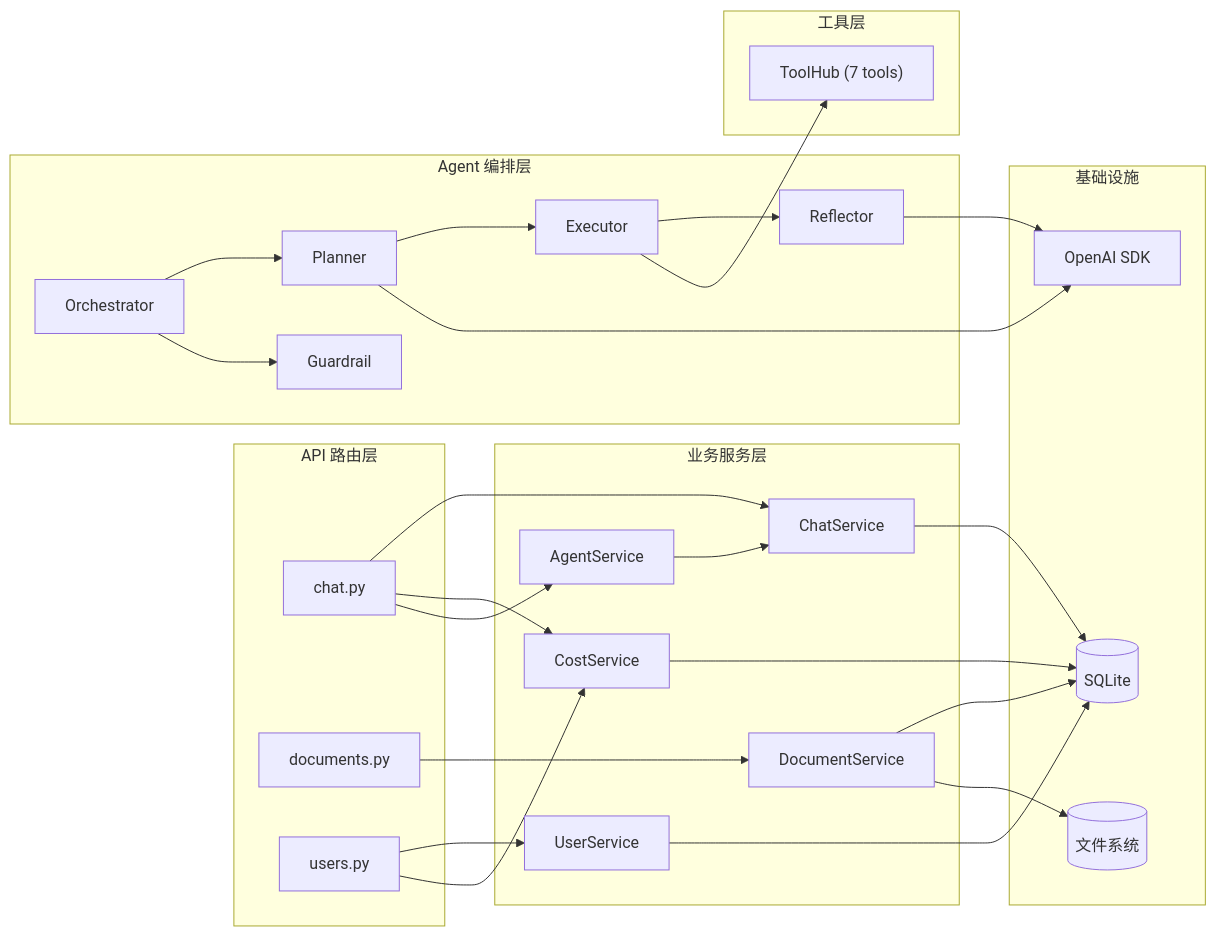
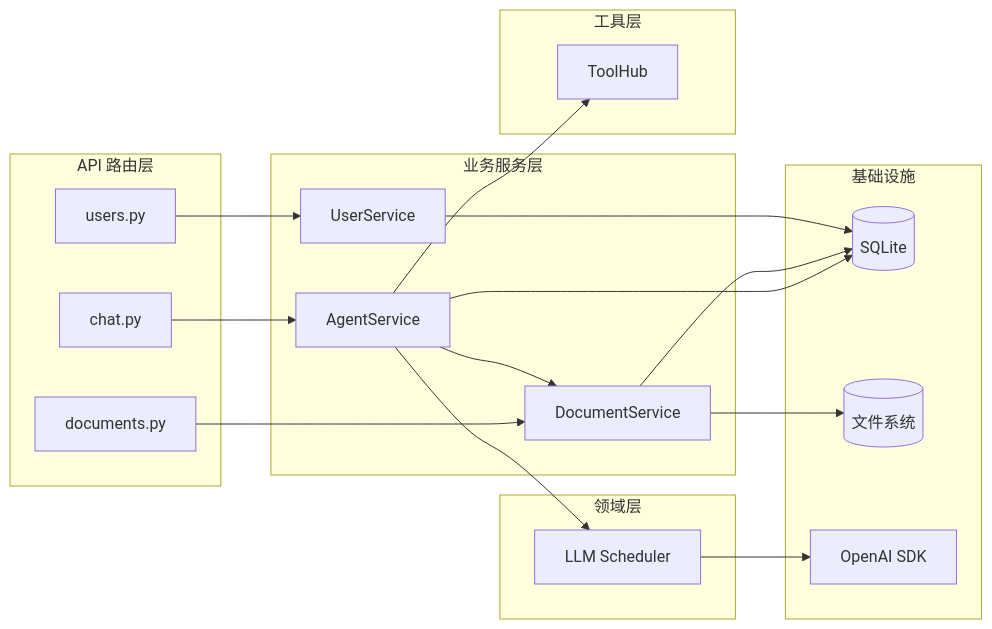
One commit to ji-xinpeng/Scholar-Agent changed the fifth of 8 diagrams in docs/技术开发方案.md. Above: the diagram before and after it, drawn with Mermaid. The commit also changed other lines of this file and 19 other files, not shown here.

````diff
--- a/docs/技术开发方案.md
+++ b/docs/技术开发方案.md
@@ -218,47 +421,41 @@
 ```mermaid
 graph LR
     subgraph API["API 路由层"]
         chat_ep["chat.py"]
         doc_ep["documents.py"]
         user_ep["users.py"]
     end
 
     subgraph Services["业务服务层"]
         agent_svc["AgentService"]
-        chat_svc["ChatService"]
-        cost_svc["CostService"]
         doc_svc["DocumentService"]
         user_svc["UserService"]
     end
 
-    subgraph Agent["Agent 编排层"]
-        orchestrator["Orchestrator"]
-        planner["Planner"]
-        executor["Executor"]
-        reflector["Reflector"]
-        guardrail["Guardrail"]
+    subgraph Domain["领域层"]
+        llm_scheduler["LLM Scheduler"]
     end
 
     subgraph Tools["工具层"]
-        toolhub["ToolHub (7 tools)"]
+        toolhub["ToolHub"]
     end
 
     subgraph Infra["基础设施"]
         db[("SQLite")]
         fs[("文件系统")]
         llm["OpenAI SDK"]
     end
 
-    chat_ep --> chat_svc & cost_svc & agent_svc
+    chat_ep --> agent_svc
     doc_ep --> doc_svc
-    user_ep --> user_svc & cost_svc
+    user_ep --> user_svc
 
-    agent_svc --> chat_svc
-    orchestrator --> planner --> executor --> reflector
-    orchestrator --> guardrail
-    executor --> toolhub
+    agent_svc --> llm_scheduler
+    agent_svc --> toolhub
+    agent_svc --> doc_svc
 
-    chat_svc & doc_svc & user_svc & cost_svc --> db
+    llm_scheduler --> llm
+
+    agent_svc & doc_svc & user_svc --> db
     doc_svc --> fs
-    planner & reflector --> llm
 ```
````
